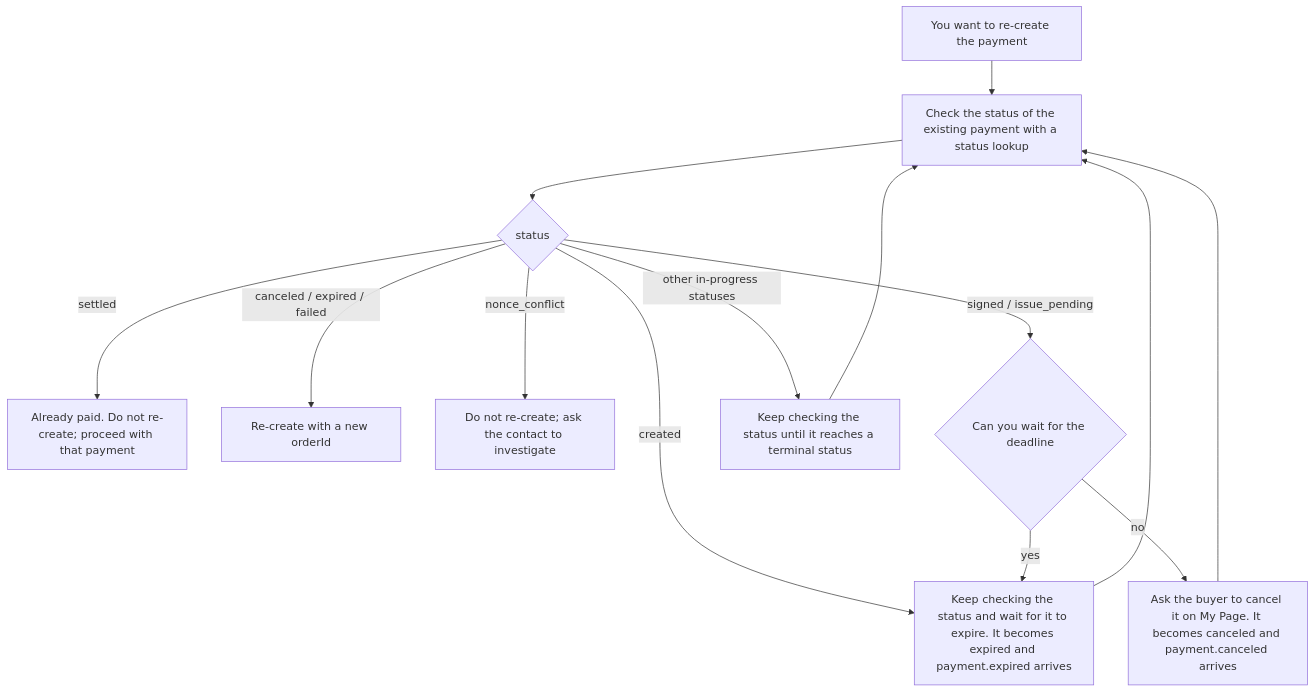
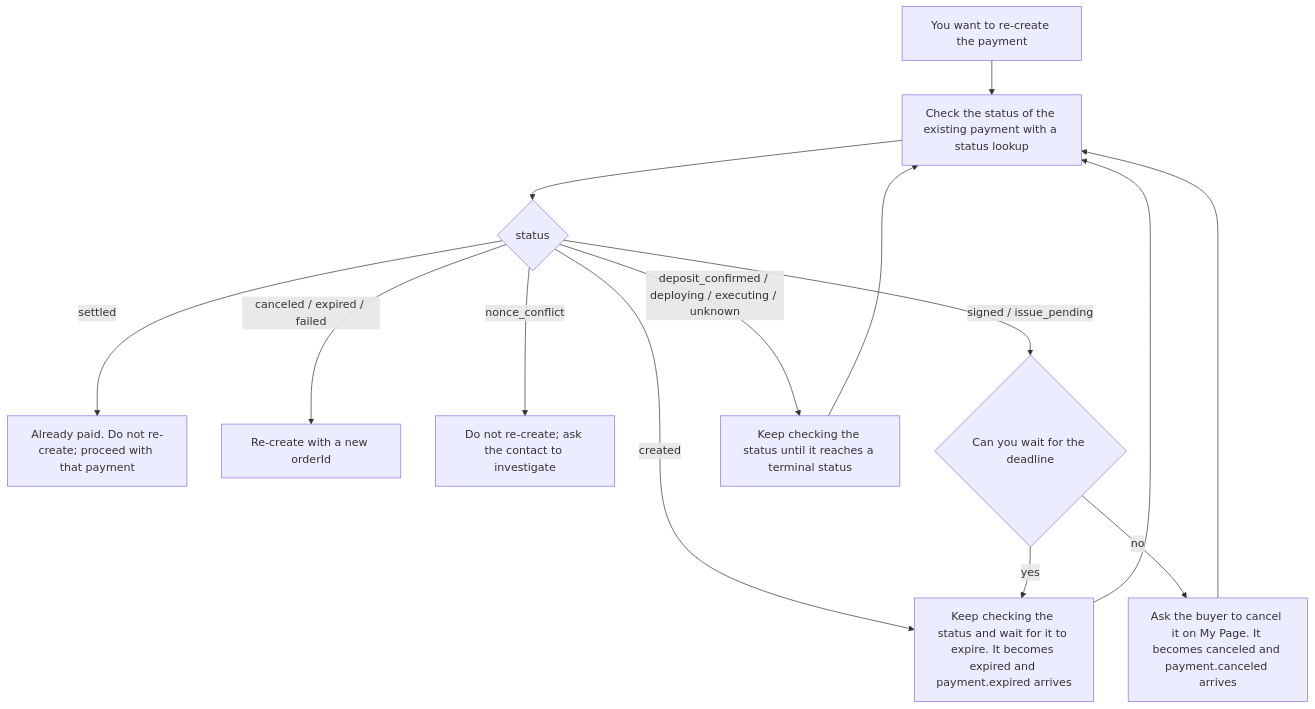
Before and after one commit to ango-ya/stbl-pay-site: the diagram in docs-site/i18n/en/docusaurus-plugin-content-docs/current/client/integrate-existing-ec.md, drawn with Mermaid. The commit also changed other lines of this file and 3 other files, not shown here.

````diff
--- a/docs-site/i18n/en/docusaurus-plugin-content-docs/current/client/integrate-existing-ec.md
+++ b/docs-site/i18n/en/docusaurus-plugin-content-docs/current/client/integrate-existing-ec.md
@@ -36,16 +36,16 @@
 ```mermaid
 flowchart TD
   A[You want to re-create the payment] --> B[Check the status of the existing payment with a status lookup]
   B --> C{status}
   C -- settled --> D[Already paid. Do not re-create; proceed with that payment]
   C -- canceled / expired / failed --> E[Re-create with a new orderId]
   C -- nonce_conflict --> F[Do not re-create; ask the contact to investigate]
   C -- created --> H
   C -- signed / issue_pending --> G{Can you wait for the deadline}
-  C -- other in-progress statuses --> J[Keep checking the status until it reaches a terminal status]
+  C -- deposit_confirmed / deploying / executing / unknown --> J[Keep checking the status until it reaches a terminal status]
   J --> B
   G -- yes --> H[Keep checking the status and wait for it to expire. It becomes expired and payment.expired arrives]
   G -- no --> I[Ask the buyer to cancel it on My Page. It becomes canceled and payment.canceled arrives]
   H --> B
   I --> B
 ```
````
